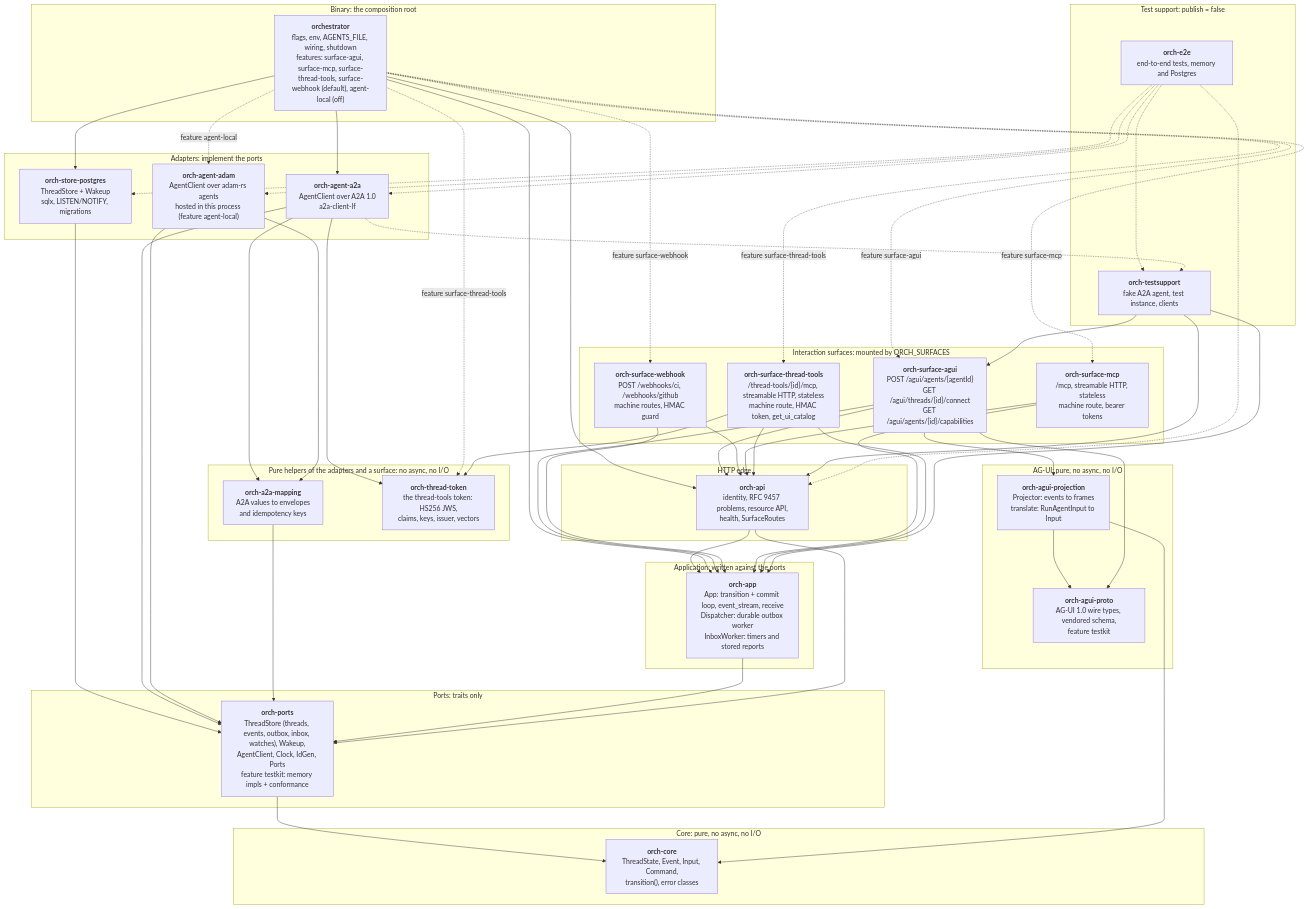
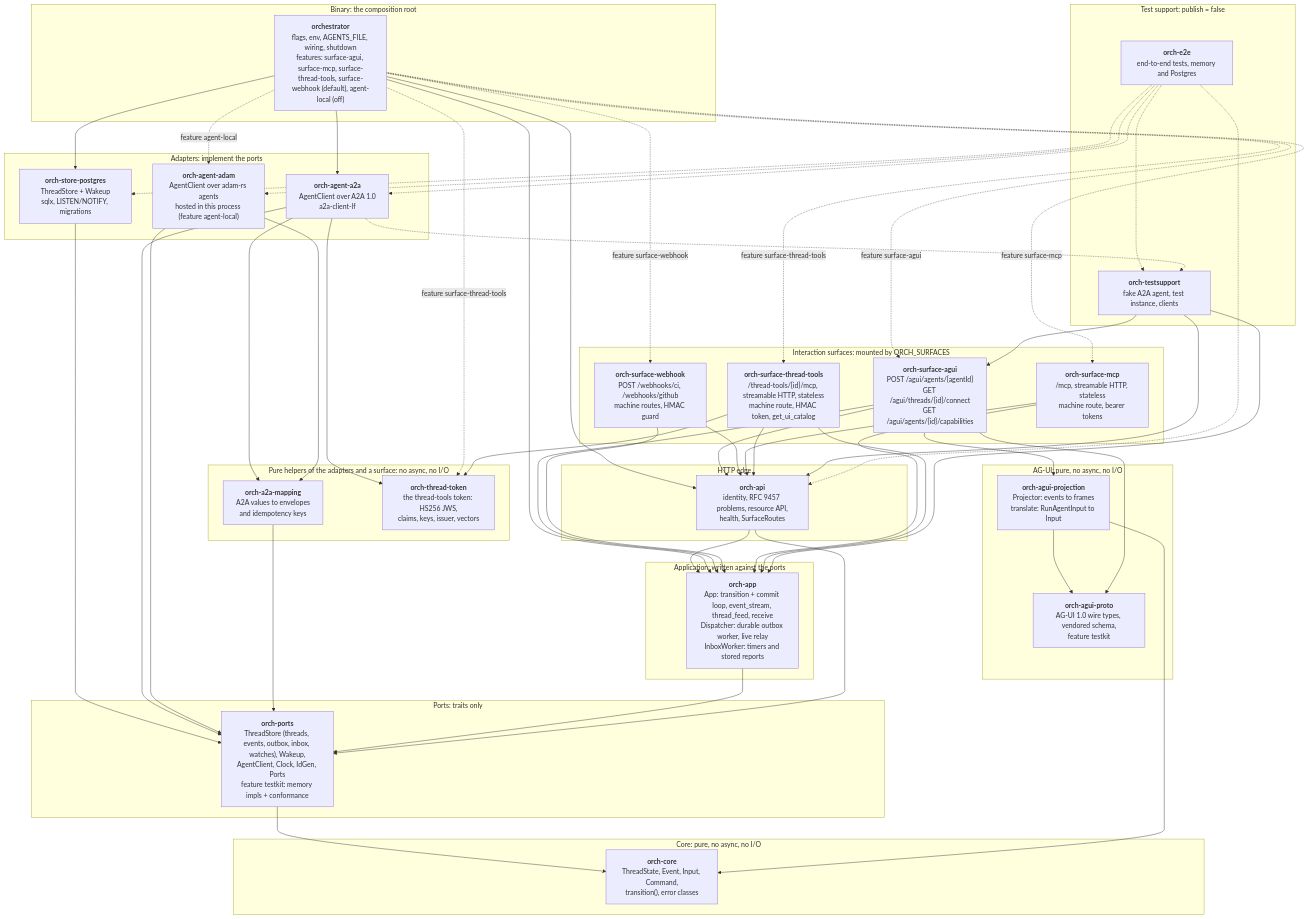
One commit to vymalo/another-agentic-system changed the first of 26 diagrams in docs/orchestrator.md. Above: the diagram before and after it, drawn with Mermaid. The commit also changed other lines of this file and 75 other files, not shown here.

First line of the commit message:
feat: live text — the agent's words relayed as they are written (text-stream/v1, ADR 0027) (#80)

```diff
--- a/docs/orchestrator.md
+++ b/docs/orchestrator.md
@@ -92,7 +92,7 @@
     token["<b>orch-thread-token</b><br/>the thread-tools token: HS256 JWS,<br/>claims, keys, issuer, vectors"]
   end
   subgraph G_APP["Application: written against the ports"]
-    app["<b>orch-app</b><br/>App: transition + commit loop, event_stream, receive<br/>Dispatcher: durable outbox worker<br/>InboxWorker: timers and stored reports"]
+    app["<b>orch-app</b><br/>App: transition + commit loop, event_stream, thread_feed, receive<br/>Dispatcher: durable outbox worker, live relay<br/>InboxWorker: timers and stored reports"]
   end
   subgraph G_EDGE["HTTP edge"]
     api["<b>orch-api</b><br/>identity, RFC 9457 problems, resource API,<br/>health, SurfaceRoutes"]
```
